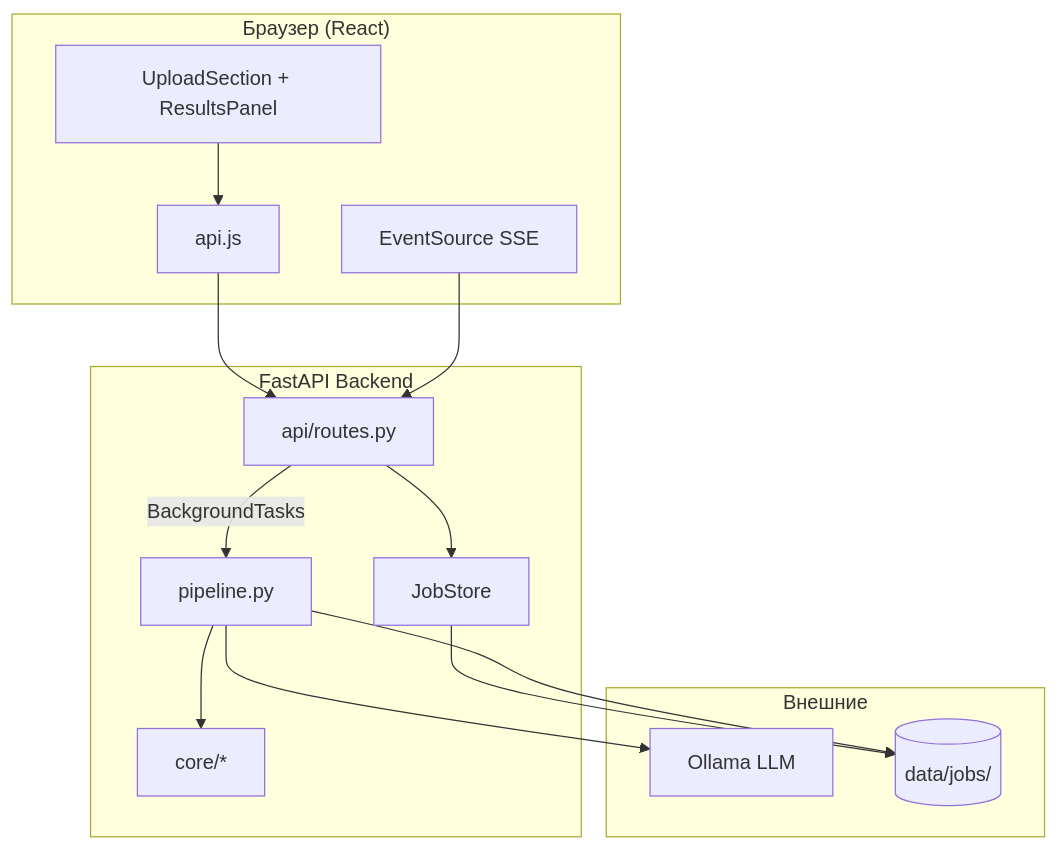
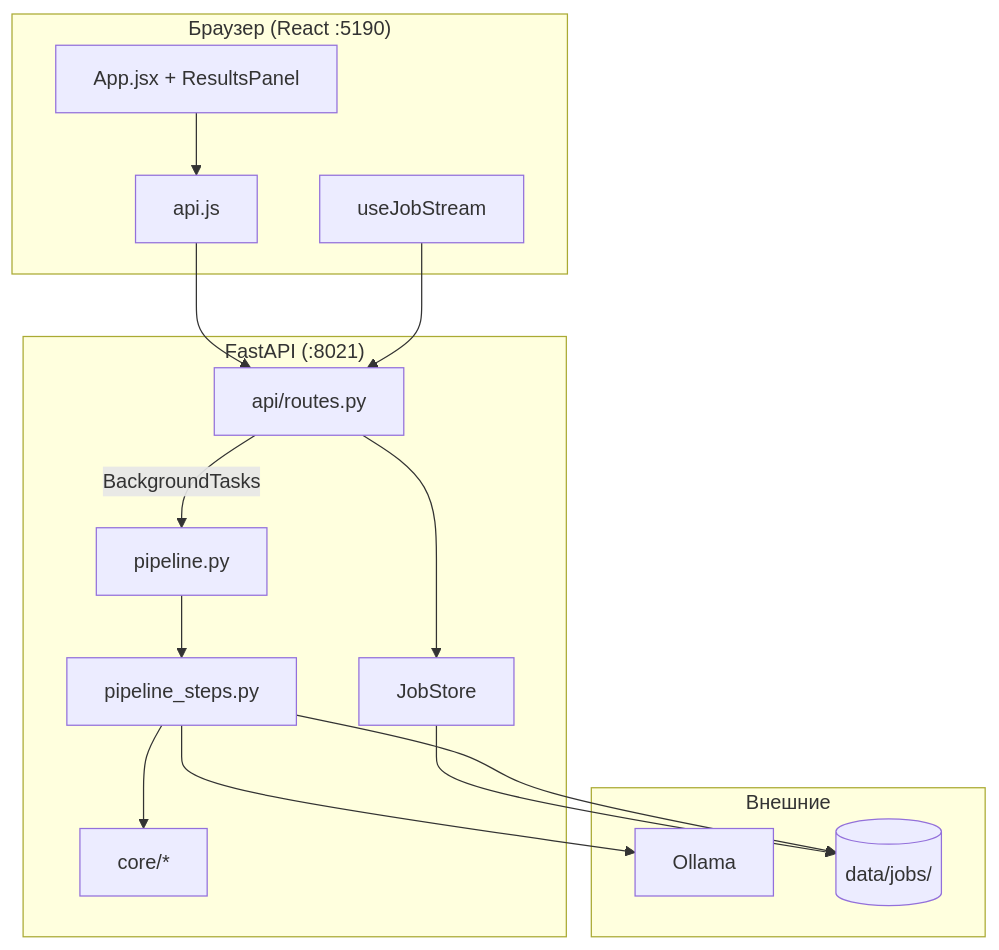
Before and after one commit to sweetd0vee/ai-ds: the first of 2 diagrams in docs/architecture.md, drawn with Mermaid. The commit also changed other lines of this file and 1548 other files, not shown here.

````diff
--- a/docs/architecture.md
+++ b/docs/architecture.md
@@ -5,30 +7,32 @@
 ```mermaid
 flowchart TB
-    subgraph Client["Браузер (React)"]
-        UI[UploadSection + ResultsPanel]
-        SSE[EventSource SSE]
+    subgraph Client["Браузер (React :5190)"]
+        UI[App.jsx + ResultsPanel]
+        SSE[useJobStream]
         API_CLIENT[api.js]
     end
 
-    subgraph Server["FastAPI Backend"]
+    subgraph Server["FastAPI (:8021)"]
         ROUTES[api/routes.py]
         STORE[JobStore]
         PIPE[pipeline.py]
+        STEPS[pipeline_steps.py]
         CORE[core/*]
     end
 
     subgraph External["Внешние"]
-        OLLAMA[Ollama LLM]
+        OLLAMA[Ollama]
         DISK[(data/jobs/)]
     end
 
     UI --> API_CLIENT
     API_CLIENT --> ROUTES
     SSE --> ROUTES
     ROUTES --> STORE
     ROUTES -->|BackgroundTasks| PIPE
-    PIPE --> CORE
-    PIPE --> OLLAMA
+    PIPE --> STEPS
+    STEPS --> CORE
+    STEPS --> OLLAMA
     STORE --> DISK
-    PIPE --> DISK
+    STEPS --> DISK
 ```
````
